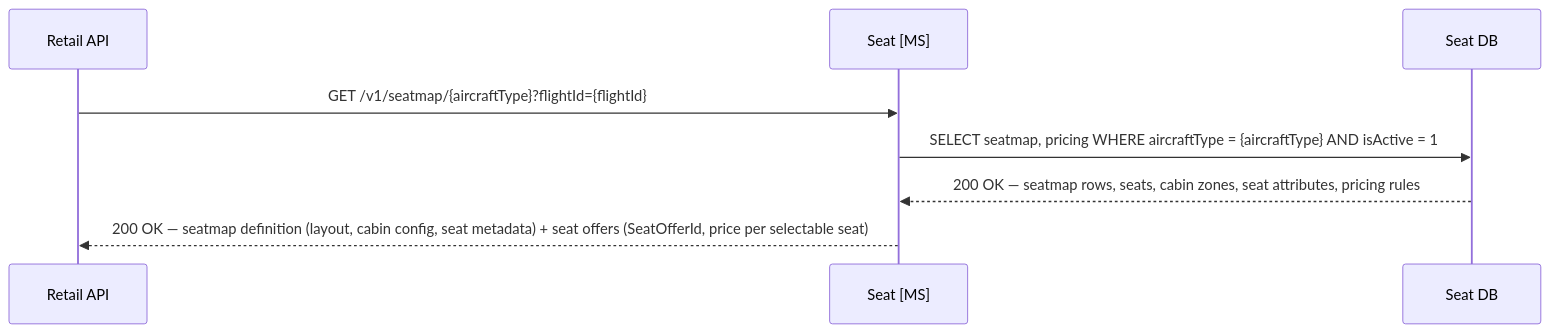
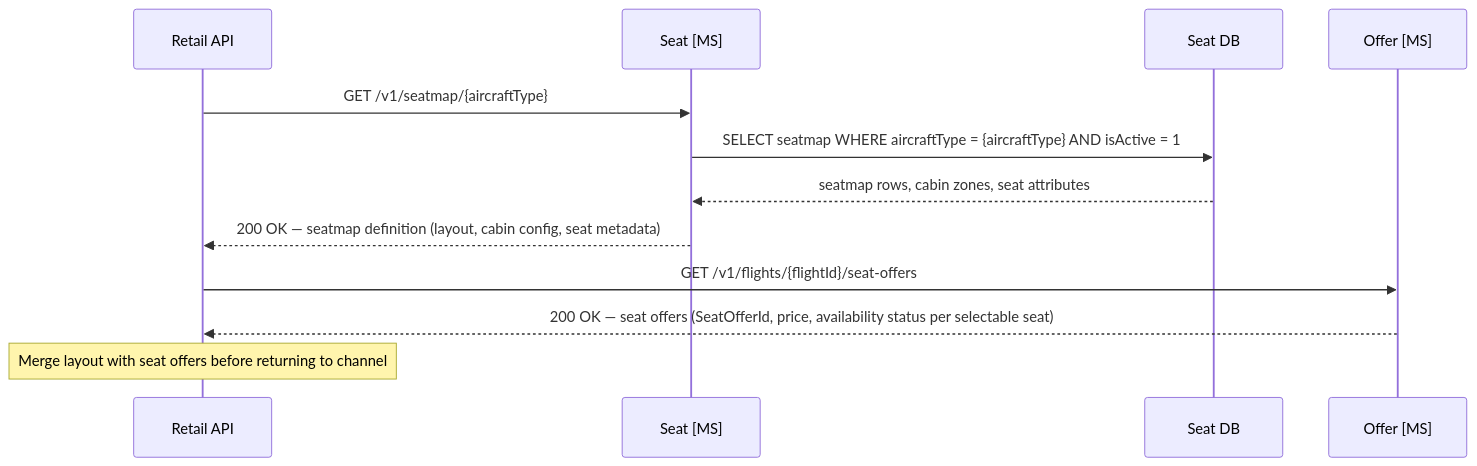
Before and after one commit to sebharvey/airline-reservation-system: diagram 13 of 22 in architecture/design.md, drawn with Mermaid. The commit also changed other lines of this file and 1 other file, not shown here.

First line of the commit message:
Fix additional design/API conflicts from second-pass review

````diff
--- a/architecture/design.md
+++ b/architecture/design.md
@@ -1591,11 +1602,17 @@
 ```mermaid
 sequenceDiagram
     participant RetailAPI as Retail API
     participant SeatMS as Seat [MS]
     participant SeatDB as Seat DB
+    participant OfferMS as Offer [MS]
 
-    RetailAPI->>SeatMS: GET /v1/seatmap/{aircraftType}?flightId={flightId}
-    SeatMS->>SeatDB: SELECT seatmap, pricing WHERE aircraftType = {aircraftType} AND isActive = 1
-    SeatDB-->>SeatMS: 200 OK — seatmap rows, seats, cabin zones, seat attributes, pricing rules
-    SeatMS-->>RetailAPI: 200 OK — seatmap definition (layout, cabin config, seat metadata) + seat offers (SeatOfferId, price per selectable seat)
+    RetailAPI->>SeatMS: GET /v1/seatmap/{aircraftType}
+    SeatMS->>SeatDB: SELECT seatmap WHERE aircraftType = {aircraftType} AND isActive = 1
+    SeatDB-->>SeatMS: seatmap rows, cabin zones, seat attributes
+    SeatMS-->>RetailAPI: 200 OK — seatmap definition (layout, cabin config, seat metadata)
+
+    RetailAPI->>OfferMS: GET /v1/flights/{flightId}/seat-offers
+    OfferMS-->>RetailAPI: 200 OK — seat offers (SeatOfferId, price, availability status per selectable seat)
+
+    Note over RetailAPI: Merge layout with seat offers before returning to channel
 ```
````
